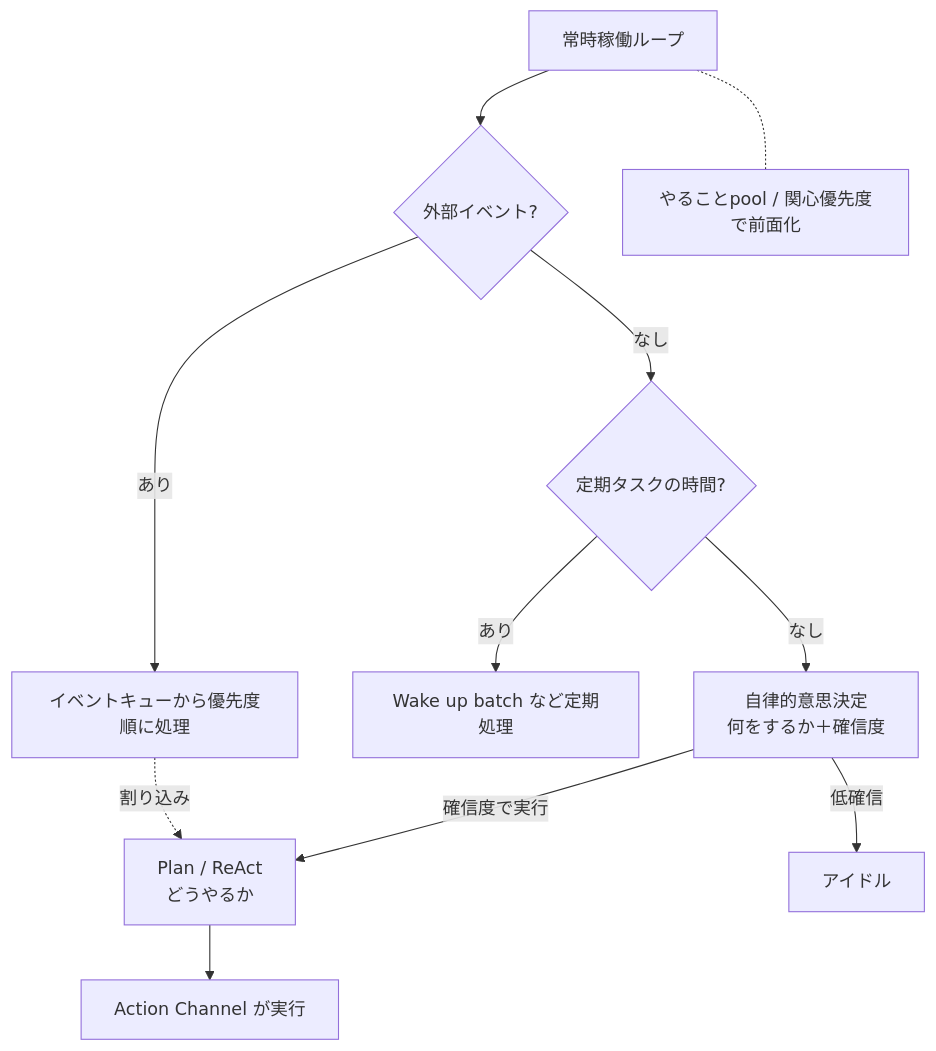
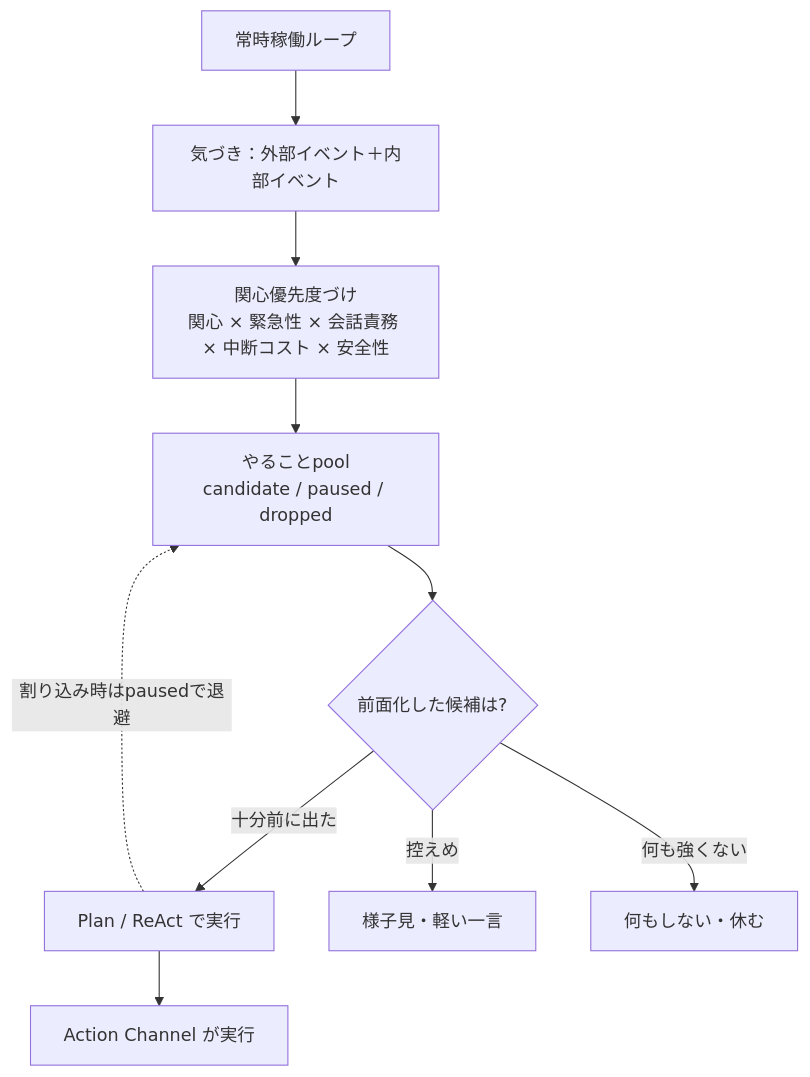
One commit to kizuna-org/akari changed the diagram in docs/06-autonomy.md. Above: the diagram before and after it, drawn with Mermaid. The commit also changed other lines of this file and 3 other files, not shown here.

````diff
--- a/docs/06-autonomy.md
+++ b/docs/06-autonomy.md
@@ -138,13 +150,12 @@
 ```mermaid
 flowchart TD
-    LOOP[常時稼働ループ] --> EV{外部イベント?}
-    EV -->|あり| Q[イベントキューから優先度順に処理]
-    EV -->|なし| PER{定期タスクの時間?}
-    PER -->|あり| WB[Wake up batch など定期処理]
-    PER -->|なし| DEC[自律的意思決定<br/>何をするか＋確信度]
-    DEC -->|確信度で実行| PLAN[Plan / ReAct<br/>どうやるか]
-    DEC -->|低確信| IDLE[アイドル]
+    LOOP[常時稼働ループ] --> SENSE[気づき：外部イベント＋内部イベント]
+    SENSE --> PRI[関心優先度づけ<br/>関心 × 緊急性 × 会話責務 × 中断コスト × 安全性]
+    PRI --> POOL[やることpool<br/>candidate / paused / dropped]
+    POOL --> DEC{前面化した候補は?}
+    DEC -->|十分前に出た| PLAN[Plan / ReAct で実行]
+    DEC -->|控えめ| LIGHT[様子見・軽い一言]
+    DEC -->|何も強くない| IDLE[何もしない・休む]
     PLAN --> ACTC[Action Channel が実行]
-    Q -. 割り込み .-> PLAN
-    LOOP -.- POOL[やることpool / 関心優先度で前面化]
+    PLAN -. 割り込み時はpausedで退避 .-> POOL
 ```
````
